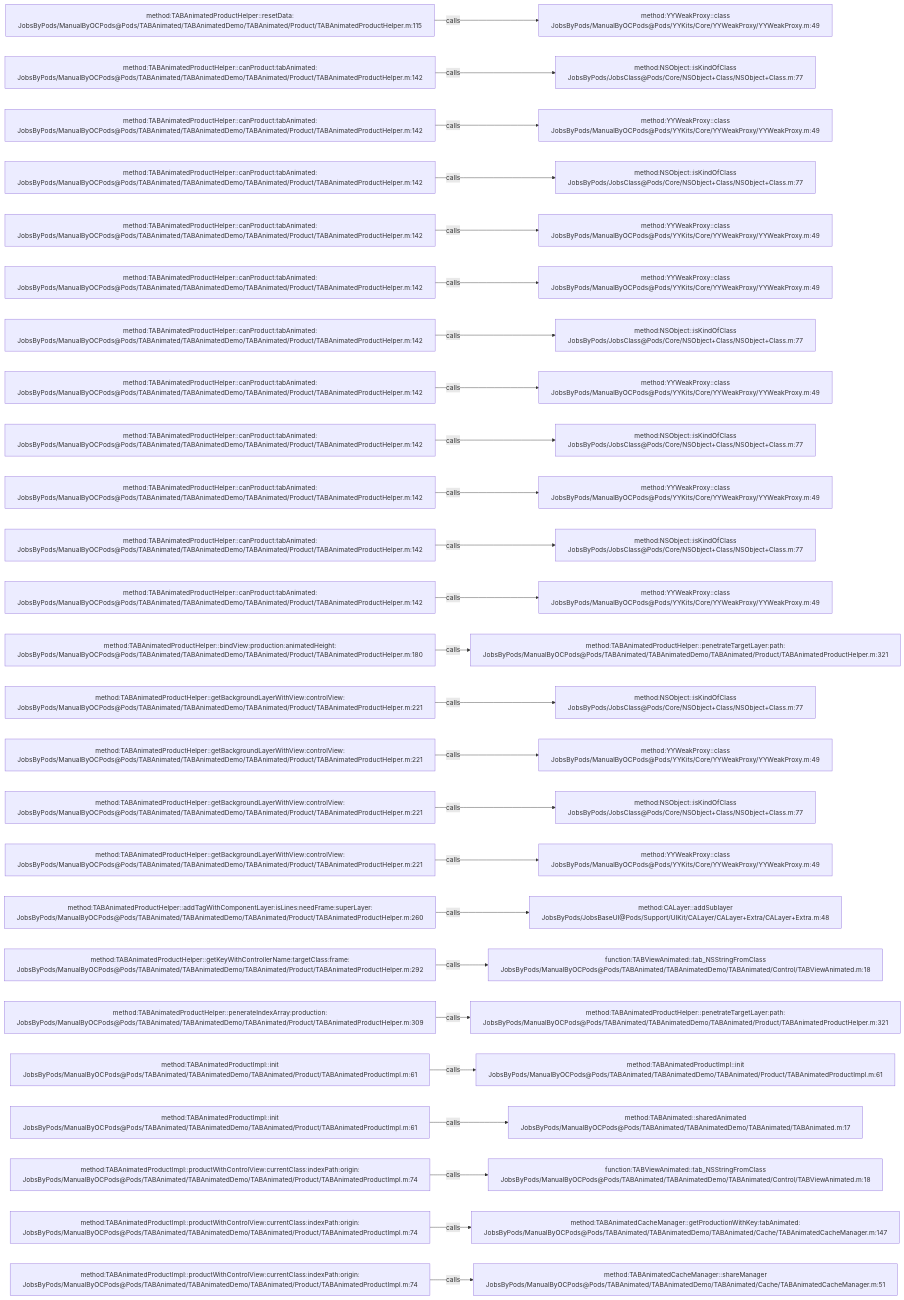
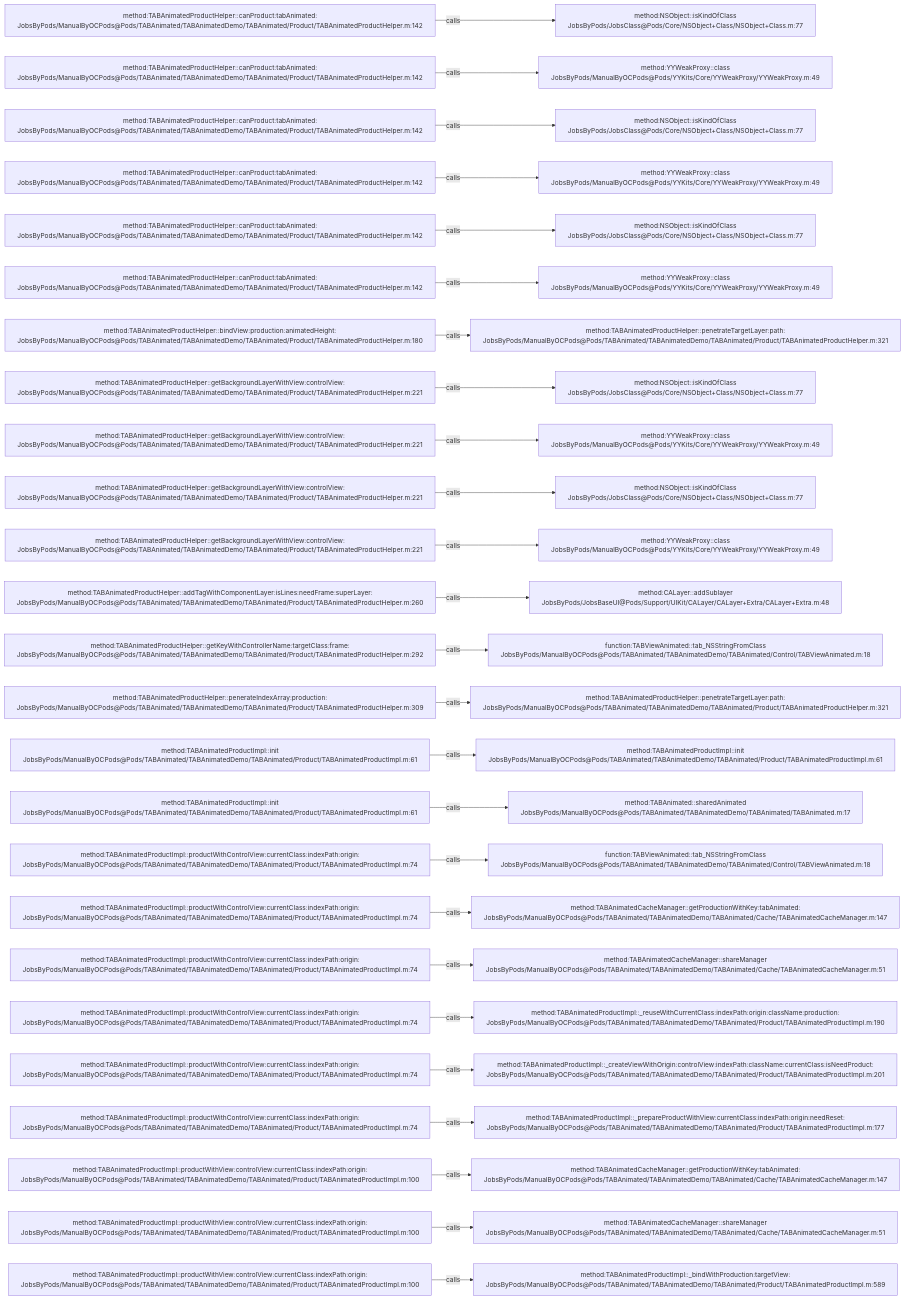
Before and after one commit to JobsKits/JobsOCBaseConfigDemo: the diagram in .codegraph/codegraph.md/graphs/calls-026.md, drawn with Mermaid. The commit also changed 666 other files, not shown here.

````diff
--- a/.codegraph/codegraph.md/graphs/calls-026.md
+++ b/.codegraph/codegraph.md/graphs/calls-026.md
@@ -13,78 +13,78 @@
 ```mermaid
 flowchart LR
-  S1["method:TABAnimatedProductHelper::resetData:<br/>JobsByPods/ManualByOCPods@Pods/TABAnimated/TABAnimatedDemo/TABAnimated/Product/TABAnimatedProductHelper.m:115"]
-  T1["method:YYWeakProxy::class<br/>JobsByPods/ManualByOCPods@Pods/YYKits/Core/YYWeakProxy/YYWeakProxy.m:49"]
+  S1["method:TABAnimatedProductHelper::canProduct:tabAnimated:<br/>JobsByPods/ManualByOCPods@Pods/TABAnimated/TABAnimatedDemo/TABAnimated/Product/TABAnimatedProductHelper.m:142"]
+  T1["method:NSObject::isKindOfClass<br/>JobsByPods/JobsClass@Pods/Core/NSObject+Class/NSObject+Class.m:77"]
   S1 -->|calls| T1
   S2["method:TABAnimatedProductHelper::canProduct:tabAnimated:<br/>JobsByPods/ManualByOCPods@Pods/TABAnimated/TABAnimatedDemo/TABAnimated/Product/TABAnimatedProductHelper.m:142"]
-  T2["method:NSObject::isKindOfClass<br/>JobsByPods/JobsClass@Pods/Core/NSObject+Class/NSObject+Class.m:77"]
+  T2["method:YYWeakProxy::class<br/>JobsByPods/ManualByOCPods@Pods/YYKits/Core/YYWeakProxy/YYWeakProxy.m:49"]
   S2 -->|calls| T2
   S3["method:TABAnimatedProductHelper::canProduct:tabAnimated:<br/>JobsByPods/ManualByOCPods@Pods/TABAnimated/TABAnimatedDemo/TABAnimated/Product/TABAnimatedProductHelper.m:142"]
-  T3["method:YYWeakProxy::class<br/>JobsByPods/ManualByOCPods@Pods/YYKits/Core/YYWeakProxy/YYWeakProxy.m:49"]
+  T3["method:NSObject::isKindOfClass<br/>JobsByPods/JobsClass@Pods/Core/NSObject+Class/NSObject+Class.m:77"]
   S3 -->|calls| T3
   S4["method:TABAnimatedProductHelper::canProduct:tabAnimated:<br/>JobsByPods/ManualByOCPods@Pods/TABAnimated/TABAnimatedDemo/TABAnimated/Product/TABAnimatedProductHelper.m:142"]
-  T4["method:NSObject::isKindOfClass<br/>JobsByPods/JobsClass@Pods/Core/NSObject+Class/NSObject+Class.m:77"]
+  T4["method:YYWeakProxy::class<br/>JobsByPods/ManualByOCPods@Pods/YYKits/Core/YYWeakProxy/YYWeakProxy.m:49"]
   S4 -->|calls| T4
   S5["method:TABAnimatedProductHelper::canProduct:tabAnimated:<br/>JobsByPods/ManualByOCPods@Pods/TABAnimated/TABAnimatedDemo/TABAnimated/Product/TABAnimatedProductHelper.m:142"]
-  T5["method:YYWeakProxy::class<br/>JobsByPods/ManualByOCPods@Pods/YYKits/Core/YYWeakProxy/YYWeakProxy.m:49"]
+  T5["method:NSObject::isKindOfClass<br/>JobsByPods/JobsClass@Pods/Core/NSObject+Class/NSObject+Class.m:77"]
   S5 -->|calls| T5
   S6["method:TABAnimatedProductHelper::canProduct:tabAnimated:<br/>JobsByPods/ManualByOCPods@Pods/TABAnimated/TABAnimatedDemo/TABAnimated/Product/TABAnimatedProductHelper.m:142"]
   T6["method:YYWeakProxy::class<br/>JobsByPods/ManualByOCPods@Pods/YYKits/Core/YYWeakProxy/YYWeakProxy.m:49"]
   S6 -->|calls| T6
-  S7["method:TABAnimatedProductHelper::canProduct:tabAnimated:<br/>JobsByPods/ManualByOCPods@Pods/TABAnimated/TABAnimatedDemo/TABAnimated/Product/TABAnimatedProductHelper.m:142"]
-  T7["method:NSObject::isKindOfClass<br/>JobsByPods/JobsClass@Pods/Core/NSObject+Class/NSObject+Class.m:77"]
+  S7["method:TABAnimatedProductHelper::bindView:production:animatedHeight:<br/>JobsByPods/ManualByOCPods@Pods/TABAnimated/TABAnimatedDemo/TABAnimated/Product/TABAnimatedProductHelper.m:180"]
+  T7["method:TABAnimatedProductHelper::penetrateTargetLayer:path:<br/>JobsByPods/ManualByOCPods@Pods/TABAnimated/TABAnimatedDemo/TABAnimated/Product/TABAnimatedProductHelper.m:321"]
   S7 -->|calls| T7
-  S8["method:TABAnimatedProductHelper::canProduct:tabAnimated:<br/>JobsByPods/ManualByOCPods@Pods/TABAnimated/TABAnimatedDemo/TABAnimated/Product/TABAnimatedProductHelper.m:142"]
-  T8["method:YYWeakProxy::class<br/>JobsByPods/ManualByOCPods@Pods/YYKits/Core/YYWeakProxy/YYWeakProxy.m:49"]
+  S8["method:TABAnimatedProductHelper::getBackgroundLayerWithView:controlView:<br/>JobsByPods/ManualByOCPods@Pods/TABAnimated/TABAnimatedDemo/TABAnimated/Product/TABAnimatedProductHelper.m:221"]
+  T8["method:NSObject::isKindOfClass<br/>JobsByPods/JobsClass@Pods/Core/NSObject+Class/NSObject+Class.m:77"]
   S8 -->|calls| T8
-  S9["method:TABAnimatedProductHelper::canProduct:tabAnimated:<br/>JobsByPods/ManualByOCPods@Pods/TABAnimated/TABAnimatedDemo/TABAnimated/Product/TABAnimatedProductHelper.m:142"]
-  T9["method:NSObject::isKindOfClass<br/>JobsByPods/JobsClass@Pods/Core/NSObject+Class/NSObject+Class.m:77"]
+  S9["method:TABAnimatedProductHelper::getBackgroundLayerWithView:controlView:<br/>JobsByPods/ManualByOCPods@Pods/TABAnimated/TABAnimatedDemo/TABAnimated/Product/TABAnimatedProductHelper.m:221"]
+  T9["method:YYWeakProxy::class<br/>JobsByPods/ManualByOCPods@Pods/YYKits/Core/YYWeakProxy/YYWeakProxy.m:49"]
   S9 -->|calls| T9
-  S10["method:TABAnimatedProductHelper::canProduct:tabAnimated:<br/>JobsByPods/ManualByOCPods@Pods/TABAnimated/TABAnimatedDemo/TABAnimated/Product/TABAnimatedProductHelper.m:142"]
-  T10["method:YYWeakProxy::class<br/>JobsByPods/ManualByOCPods@Pods/YYKits/Core/YYWeakProxy/YYWeakProxy.m:49"]
+  S10["method:TABAnimatedProductHelper::getBackgroundLayerWithView:controlView:<br/>JobsByPods/ManualByOCPods@Pods/TABAnimated/TABAnimatedDemo/TABAnimated/Product/TABAnimatedProductHelper.m:221"]
+  T10["method:NSObject::isKindOfClass<br/>JobsByPods/JobsClass@Pods/Core/NSObject+Class/NSObject+Class.m:77"]
   S10 -->|calls| T10
-  S11["method:TABAnimatedProductHelper::canProduct:tabAnimated:<br/>JobsByPods/ManualByOCPods@Pods/TABAnimated/TABAnimatedDemo/TABAnimated/Product/TABAnimatedProductHelper.m:142"]
-  T11["method:NSObject::isKindOfClass<br/>JobsByPods/JobsClass@Pods/Core/NSObject+Class/NSObject+Class.m:77"]
+  S11["method:TABAnimatedProductHelper::getBackgroundLayerWithView:controlView:<br/>JobsByPods/ManualByOCPods@Pods/TABAnimated/TABAnimatedDemo/TABAnimated/Product/TABAnimatedProductHelper.m:221"]
+  T11["method:YYWeakProxy::class<br/>JobsByPods/ManualByOCPods@Pods/YYKits/Core/YYWeakProxy/YYWeakProxy.m:49"]
   S11 -->|calls| T11
-  S12["method:TABAnimatedProductHelper::canProduct:tabAnimated:<br/>JobsByPods/ManualByOCPods@Pods/TABAnimated/TABAnimatedDemo/TABAnimated/Product/TABAnimatedProductHelper.m:142"]
-  T12["method:YYWeakProxy::class<br/>JobsByPods/ManualByOCPods@Pods/YYKits/Core/YYWeakProxy/YYWeakProxy.m:49"]
+  S12["method:TABAnimatedProductHelper::addTagWithComponentLayer:isLines:needFrame:superLayer:<br/>JobsByPods/ManualByOCPods@Pods/TABAnimated/TABAnimatedDemo/TABAnimated/Product/TABAnimatedProductHelper.m:260"]
+  T12["method:CALayer::addSublayer<br/>JobsByPods/JobsBaseUI@Pods/Support/UIKit/CALayer/CALayer+Extra/CALayer+Extra.m:48"]
   S12 -->|calls| T12
-  S13["method:TABAnimatedProductHelper::bindView:production:animatedHeight:<br/>JobsByPods/ManualByOCPods@Pods/TABAnimated/TABAnimatedDemo/TABAnimated/Product/TABAnimatedProductHelper.m:180"]
-  T13["method:TABAnimatedProductHelper::penetrateTargetLayer:path:<br/>JobsByPods/ManualByOCPods@Pods/TABAnimated/TABAnimatedDemo/TABAnimated/Product/TABAnimatedProductHelper.m:321"]
+  S13["method:TABAnimatedProductHelper::getKeyWithControllerName:targetClass:frame:<br/>JobsByPods/ManualByOCPods@Pods/TABAnimated/TABAnimatedDemo/TABAnimated/Product/TABAnimatedProductHelper.m:292"]
+  T13["function:TABViewAnimated::tab_NSStringFromClass<br/>JobsByPods/ManualByOCPods@Pods/TABAnimated/TABAnimatedDemo/TABAnimated/Control/TABViewAnimated.m:18"]
   S13 -->|calls| T13
-  S14["method:TABAnimatedProductHelper::getBackgroundLayerWithView:controlView:<br/>JobsByPods/ManualByOCPods@Pods/TABAnimated/TABAnimatedDemo/TABAnimated/Product/TABAnimatedProductHelper.m:221"]
-  T14["method:NSObject::isKindOfClass<br/>JobsByPods/JobsClass@Pods/Core/NSObject+Class/NSObject+Class.m:77"]
+  S14["method:TABAnimatedProductHelper::penerateIndexArray:production:<br/>JobsByPods/ManualByOCPods@Pods/TABAnimated/TABAnimatedDemo/TABAnimated/Product/TABAnimatedProductHelper.m:309"]
+  T14["method:TABAnimatedProductHelper::penetrateTargetLayer:path:<br/>JobsByPods/ManualByOCPods@Pods/TABAnimated/TABAnimatedDemo/TABAnimated/Product/TABAnimatedProductHelper.m:321"]
   S14 -->|calls| T14
-  S15["method:TABAnimatedProductHelper::getBackgroundLayerWithView:controlView:<br/>JobsByPods/ManualByOCPods@Pods/TABAnimated/TABAnimatedDemo/TABAnimated/Product/TABAnimatedProductHelper.m:221"]
-  T15["method:YYWeakProxy::class<br/>JobsByPods/ManualByOCPods@Pods/YYKits/Core/YYWeakProxy/YYWeakProxy.m:49"]
+  S15["method:TABAnimatedProductImpl::init<br/>JobsByPods/ManualByOCPods@Pods/TABAnimated/TABAnimatedDemo/TABAnimated/Product/TABAnimatedProductImpl.m:61"]
+  T15["method:TABAnimatedProductImpl::init<br/>JobsByPods/ManualByOCPods@Pods/TABAnimated/TABAnimatedDemo/TABAnimated/Product/TABAnimatedProductImpl.m:61"]
   S15 -->|calls| T15
-  S16["method:TABAnimatedProductHelper::getBackgroundLayerWithView:controlView:<br/>JobsByPods/ManualByOCPods@Pods/TABAnimated/TABAnimatedDemo/TABAnimated/Product/TABAnimatedProductHelper.m:221"]
-  T16["method:NSObject::isKindOfClass<br/>JobsByPods/JobsClass@Pods/Core/NSObject+Class/NSObject+Class.m:77"]
+  S16["method:TABAnimatedProductImpl::init<br/>JobsByPods/ManualByOCPods@Pods/TABAnimated/TABAnimatedDemo/TABAnimated/Product/TABAnimatedProductImpl.m:61"]
+  T16["method:TABAnimated::sharedAnimated<br/>JobsByPods/ManualByOCPods@Pods/TABAnimated/TABAnimatedDemo/TABAnimated/TABAnimated.m:17"]
   S16 -->|calls| T16
-  S17["method:TABAnimatedProductHelper::getBackgroundLayerWithView:controlView:<br/>JobsByPods/ManualByOCPods@Pods/TABAnimated/TABAnimatedDemo/TABAnimated/Product/TABAnimatedProductHelper.m:221"]
-  T17["method:YYWeakProxy::class<br/>JobsByPods/ManualByOCPods@Pods/YYKits/Core/YYWeakProxy/YYWeakProxy.m:49"]
+  S17["method:TABAnimatedProductImpl::productWithControlView:currentClass:indexPath:origin:<br/>JobsByPods/ManualByOCPods@Pods/TABAnimated/TABAnimatedDemo/TABAnimated/Product/TABAnimatedProductImpl.m:74"]
+  T17["function:TABViewAnimated::tab_NSStringFromClass<br/>JobsByPods/ManualByOCPods@Pods/TABAnimated/TABAnimatedDemo/TABAnimated/Control/TABViewAnimated.m:18"]
   S17 -->|calls| T17
-  S18["method:TABAnimatedProductHelper::addTagWithComponentLayer:isLines:needFrame:superLayer:<br/>JobsByPods/ManualByOCPods@Pods/TABAnimated/TABAnimatedDemo/TABAnimated/Product/TABAnimatedProductHelper.m:260"]
-  T18["method:CALayer::addSublayer<br/>JobsByPods/JobsBaseUI@Pods/Support/UIKit/CALayer/CALayer+Extra/CALayer+Extra.m:48"]
+  S18["method:TABAnimatedProductImpl::productWithControlView:currentClass:indexPath:origin:<br/>JobsByPods/ManualByOCPods@Pods/TABAnimated/TABAnimatedDemo/TABAnimated/Product/TABAnimatedProductImpl.m:74"]
+  T18["method:TABAnimatedCacheManager::getProductionWithKey:tabAnimated:<br/>JobsByPods/ManualByOCPods@Pods/TABAnimated/TABAnimatedDemo/TABAnimated/Cache/TABAnimatedCacheManager.m:147"]
   S18 -->|calls| T18
-  S19["method:TABAnimatedProductHelper::getKeyWithControllerName:targetClass:frame:<br/>JobsByPods/ManualByOCPods@Pods/TABAnimated/TABAnimatedDemo/TABAnimated/Product/TABAnimatedProductHelper.m:292"]
-  T19["function:TABViewAnimated::tab_NSStringFromClass<br/>JobsByPods/ManualByOCPods@Pods/TABAnimated/TABAnimatedDemo/TABAnimated/Control/TABViewAnimated.m:18"]
+  S19["method:TABAnimatedProductImpl::productWithControlView:currentClass:indexPath:origin:<br/>JobsByPods/ManualByOCPods@Pods/TABAnimated/TABAnimatedDemo/TABAnimated/Product/TABAnimatedProductImpl.m:74"]
+  T19["method:TABAnimatedCacheManager::shareManager<br/>JobsByPods/ManualByOCPods@Pods/TABAnimated/TABAnimatedDemo/TABAnimated/Cache/TABAnimatedCacheManager.m:51"]
   S19 -->|calls| T19
-  S20["method:TABAnimatedProductHelper::penerateIndexArray:production:<br/>JobsByPods/ManualByOCPods@Pods/TABAnimated/TABAnimatedDemo/TABAnimated/Product/TABAnimatedProductHelper.m:309"]
-  T20["method:TABAnimatedProductHelper::penetrateTargetLayer:path:<br/>JobsByPods/ManualByOCPods@Pods/TABAnimated/TABAnimatedDemo/TABAnimated/Product/TABAnimatedProductHelper.m:321"]
+  S20["method:TABAnimatedProductImpl::productWithControlView:currentClass:indexPath:origin:<br/>JobsByPods/ManualByOCPods@Pods/TABAnimated/TABAnimatedDemo/TABAnimated/Product/TABAnimatedProductImpl.m:74"]
+  T20["method:TABAnimatedProductImpl::_reuseWithCurrentClass:indexPath:origin:className:production:<br/>JobsByPods/ManualByOCPods@Pods/TABAnimated/TABAnimatedDemo/TABAnimated/Product/TABAnimatedProductImpl.m:190"]
   S20 -->|calls| T20
-  S21["method:TABAnimatedProductImpl::init<br/>JobsByPods/ManualByOCPods@Pods/TABAnimated/TABAnimatedDemo/TABAnimated/Product/TABAnimatedProductImpl.m:61"]
-  T21["method:TABAnimatedProductImpl::init<br/>JobsByPods/ManualByOCPods@Pods/TABAnimated/TABAnimatedDemo/TABAnimated/Product/TABAnimatedProductImpl.m:61"]
+  S21["method:TABAnimatedProductImpl::productWithControlView:currentClass:indexPath:origin:<br/>JobsByPods/ManualByOCPods@Pods/TABAnimated/TABAnimatedDemo/TABAnimated/Product/TABAnimatedProductImpl.m:74"]
+  T21["method:TABAnimatedProductImpl::_createViewWithOrigin:controlView:indexPath:className:currentClass:isNeedProduct:<br/>JobsByPods/ManualByOCPods@Pods/TABAnimated/TABAnimatedDemo/TABAnimated/Product/TABAnimatedProductImpl.m:201"]
   S21 -->|calls| T21
-  S22["method:TABAnimatedProductImpl::init<br/>JobsByPods/ManualByOCPods@Pods/TABAnimated/TABAnimatedDemo/TABAnimated/Product/TABAnimatedProductImpl.m:61"]
-  T22["method:TABAnimated::sharedAnimated<br/>JobsByPods/ManualByOCPods@Pods/TABAnimated/TABAnimatedDemo/TABAnimated/TABAnimated.m:17"]
+  S22["method:TABAnimatedProductImpl::productWithControlView:currentClass:indexPath:origin:<br/>JobsByPods/ManualByOCPods@Pods/TABAnimated/TABAnimatedDemo/TABAnimated/Product/TABAnimatedProductImpl.m:74"]
+  T22["method:TABAnimatedProductImpl::_prepareProductWithView:currentClass:indexPath:origin:needReset:<br/>JobsByPods/ManualByOCPods@Pods/TABAnimated/TABAnimatedDemo/TABAnimated/Product/TABAnimatedProductImpl.m:177"]
   S22 -->|calls| T22
-  S23["method:TABAnimatedProductImpl::productWithControlView:currentClass:indexPath:origin:<br/>JobsByPods/ManualByOCPods@Pods/TABAnimated/TABAnimatedDemo/TABAnimated/Product/TABAnimatedProductImpl.m:74"]
-  T23["function:TABViewAnimated::tab_NSStringFromClass<br/>JobsByPods/ManualByOCPods@Pods/TABAnimated/TABAnimatedDemo/TABAnimated/Control/TABViewAnimated.m:18"]
+  S23["method:TABAnimatedProductImpl::productWithView:controlView:currentClass:indexPath:origin:<br/>JobsByPods/ManualByOCPods@Pods/TABAnimated/TABAnimatedDemo/TABAnimated/Product/TABAnimatedProductImpl.m:100"]
+  T23["method:TABAnimatedCacheManager::getProductionWithKey:tabAnimated:<br/>JobsByPods/ManualByOCPods@Pods/TABAnimated/TABAnimatedDemo/TABAnimated/Cache/TABAnimatedCacheManager.m:147"]
   S23 -->|calls| T23
-  S24["method:TABAnimatedProductImpl::productWithControlView:currentClass:indexPath:origin:<br/>JobsByPods/ManualByOCPods@Pods/TABAnimated/TABAnimatedDemo/TABAnimated/Product/TABAnimatedProductImpl.m:74"]
-  T24["method:TABAnimatedCacheManager::getProductionWithKey:tabAnimated:<br/>JobsByPods/ManualByOCPods@Pods/TABAnimated/TABAnimatedDemo/TABAnimated/Cache/TABAnimatedCacheManager.m:147"]
+  S24["method:TABAnimatedProductImpl::productWithView:controlView:currentClass:indexPath:origin:<br/>JobsByPods/ManualByOCPods@Pods/TABAnimated/TABAnimatedDemo/TABAnimated/Product/TABAnimatedProductImpl.m:100"]
+  T24["method:TABAnimatedCacheManager::shareManager<br/>JobsByPods/ManualByOCPods@Pods/TABAnimated/TABAnimatedDemo/TABAnimated/Cache/TABAnimatedCacheManager.m:51"]
   S24 -->|calls| T24
-  S25["method:TABAnimatedProductImpl::productWithControlView:currentClass:indexPath:origin:<br/>JobsByPods/ManualByOCPods@Pods/TABAnimated/TABAnimatedDemo/TABAnimated/Product/TABAnimatedProductImpl.m:74"]
-  T25["method:TABAnimatedCacheManager::shareManager<br/>JobsByPods/ManualByOCPods@Pods/TABAnimated/TABAnimatedDemo/TABAnimated/Cache/TABAnimatedCacheManager.m:51"]
+  S25["method:TABAnimatedProductImpl::productWithView:controlView:currentClass:indexPath:origin:<br/>JobsByPods/ManualByOCPods@Pods/TABAnimated/TABAnimatedDemo/TABAnimated/Product/TABAnimatedProductImpl.m:100"]
+  T25["method:TABAnimatedProductImpl::_bindWithProduction:targetView:<br/>JobsByPods/ManualByOCPods@Pods/TABAnimated/TABAnimatedDemo/TABAnimated/Product/TABAnimatedProductImpl.m:589"]
   S25 -->|calls| T25
 ```
````
